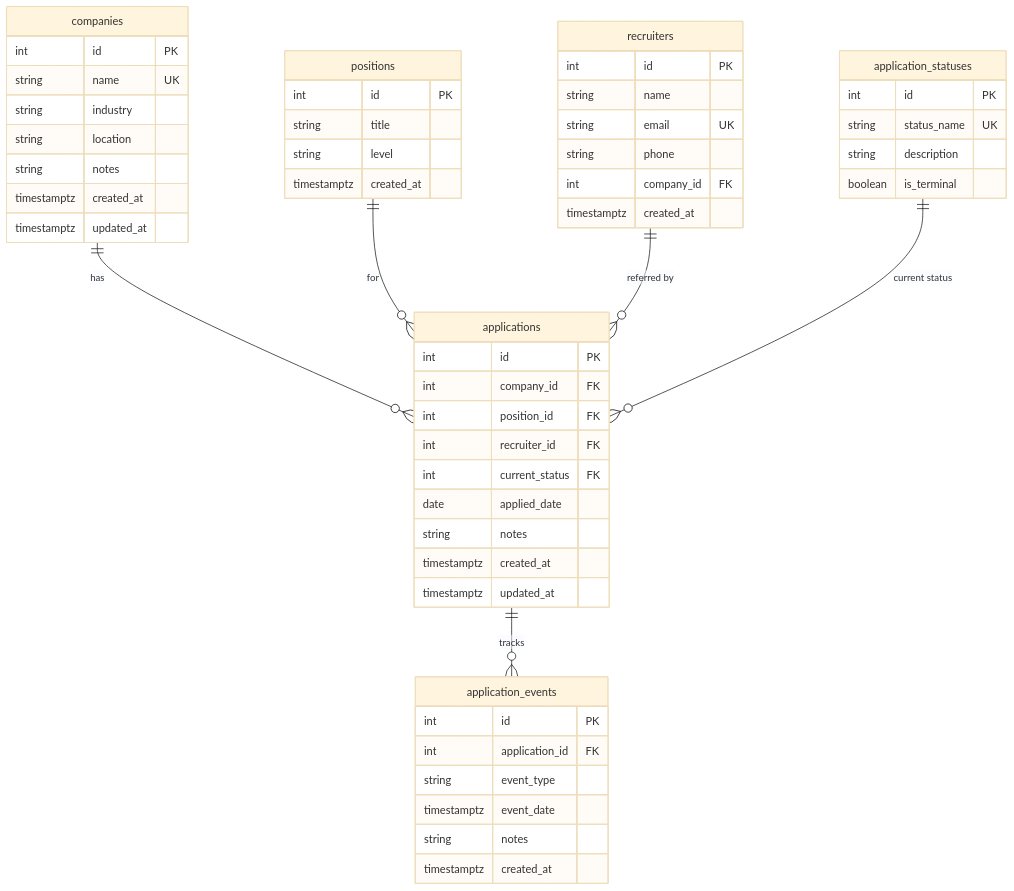
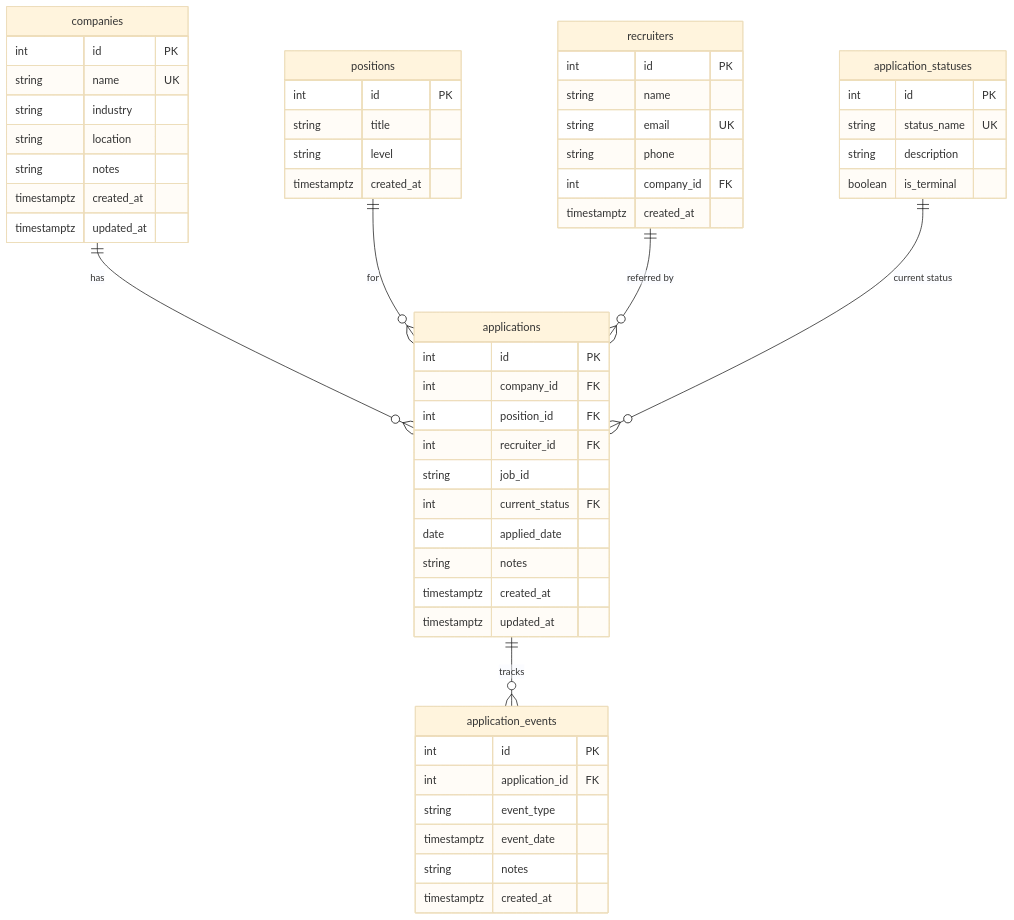
The diagram in docs/SCHEMA.md (MoaminShikha/Application-Tracker), drawn with Mermaid (base theme) before and after one commit. The commit also changed other lines of this file and 12 other files, not shown here.

First line of the commit message:
feat(applications): add optional job_id across schema, services, and CLI

````diff
--- a/docs/SCHEMA.md
+++ b/docs/SCHEMA.md
@@ -5,62 +5,63 @@
 ```mermaid
 erDiagram
     companies ||--o{ applications : has
     positions ||--o{ applications : for
     recruiters ||--o{ applications : "referred by"
     application_statuses ||--o{ applications : "current status"
     applications ||--o{ application_events : tracks
 
     companies {
         int id PK
         string name UK
         string industry
         string location
         string notes
         timestamptz created_at
         timestamptz updated_at
     }
 
     positions {
         int id PK
         string title
         string level
         timestamptz created_at
     }
 
     recruiters {
         int id PK
         string name
         string email UK
         string phone
         int company_id FK
         timestamptz created_at
     }
 
     application_statuses {
         int id PK
         string status_name UK
         string description
         boolean is_terminal
     }
 
     applications {
         int id PK
         int company_id FK
         int position_id FK
         int recruiter_id FK
+        string job_id
         int current_status FK
         date applied_date
         string notes
         timestamptz created_at
         timestamptz updated_at
     }
 
     application_events {
         int id PK
         int application_id FK
         string event_type
         timestamptz event_date
         string notes
         timestamptz created_at
     }
 ```
````
